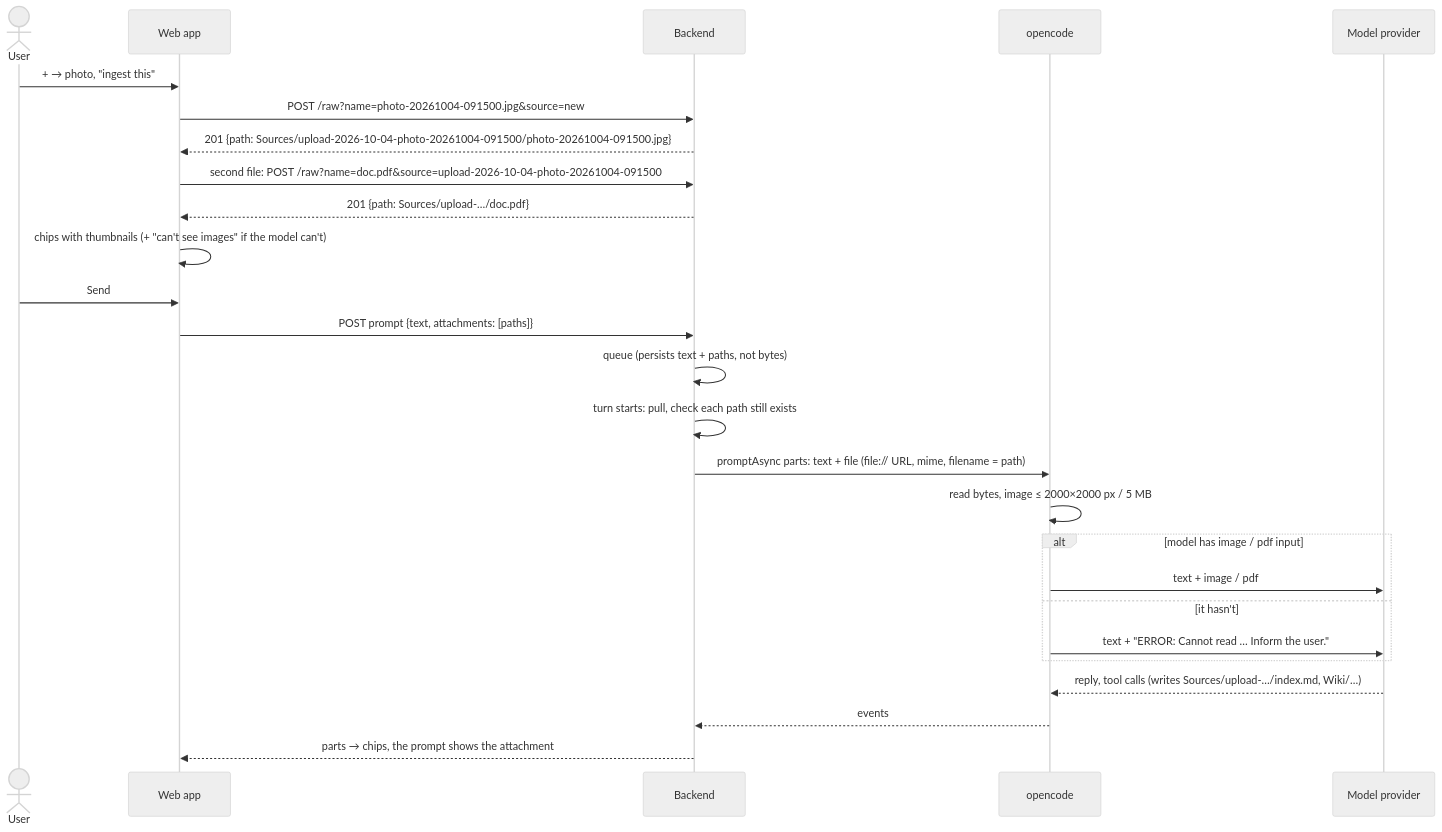
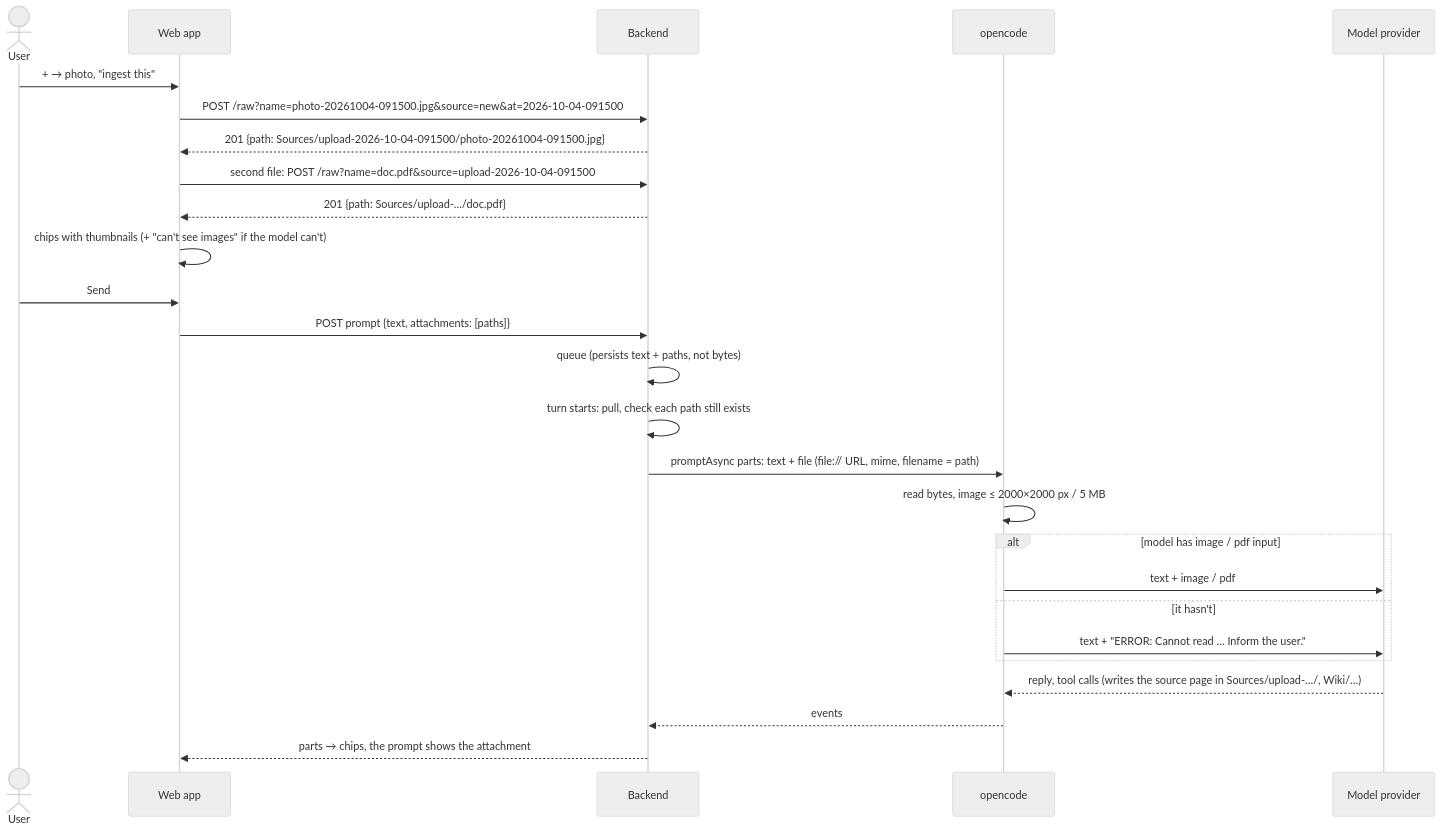
One commit to tillg/karpathy.app changed the fourth of 4 diagrams in specs/changes/attachments/domain.md. Above: the diagram before and after it, drawn with Mermaid (neutral theme). The commit also changed other lines of this file and 3 other files, not shown here.

````diff
--- a/specs/changes/attachments/domain.md
+++ b/specs/changes/attachments/domain.md
@@ -152,28 +141,28 @@
 ```mermaid
 sequenceDiagram
     actor U as User
     participant W as Web app
     participant B as Backend
     participant O as opencode
     participant M as Model provider
     U->>W: + → photo, "ingest this"
-    W->>B: POST /raw?name=photo-20261004-091500.jpg&source=new
-    B-->>W: 201 {path: Sources/upload-2026-10-04-photo-20261004-091500/photo-20261004-091500.jpg}
-    W->>B: second file: POST /raw?name=doc.pdf&source=upload-2026-10-04-photo-20261004-091500
+    W->>B: POST /raw?name=photo-20261004-091500.jpg&source=new&at=2026-10-04-091500
+    B-->>W: 201 {path: Sources/upload-2026-10-04-091500/photo-20261004-091500.jpg}
+    W->>B: second file: POST /raw?name=doc.pdf&source=upload-2026-10-04-091500
     B-->>W: 201 {path: Sources/upload-…/doc.pdf}
     W->>W: chips with thumbnails (+ "can't see images" if the model can't)
     U->>W: Send
     W->>B: POST prompt {text, attachments: [paths]}
     B->>B: queue (persists text + paths, not bytes)
     B->>B: turn starts: pull, check each path still exists
     B->>O: promptAsync parts: text + file (file:// URL, mime, filename = path)
     O->>O: read bytes, image ≤ 2000×2000 px / 5 MB
     alt model has image / pdf input
       O->>M: text + image / pdf
     else it hasn't
       O->>M: text + "ERROR: Cannot read … Inform the user."
     end
-    M-->>O: reply, tool calls (writes Sources/upload-…/index.md, Wiki/…)
+    M-->>O: reply, tool calls (writes the source page in Sources/upload-…/, Wiki/…)
     O-->>B: events
     B-->>W: parts → chips, the prompt shows the attachment
 ```
````
